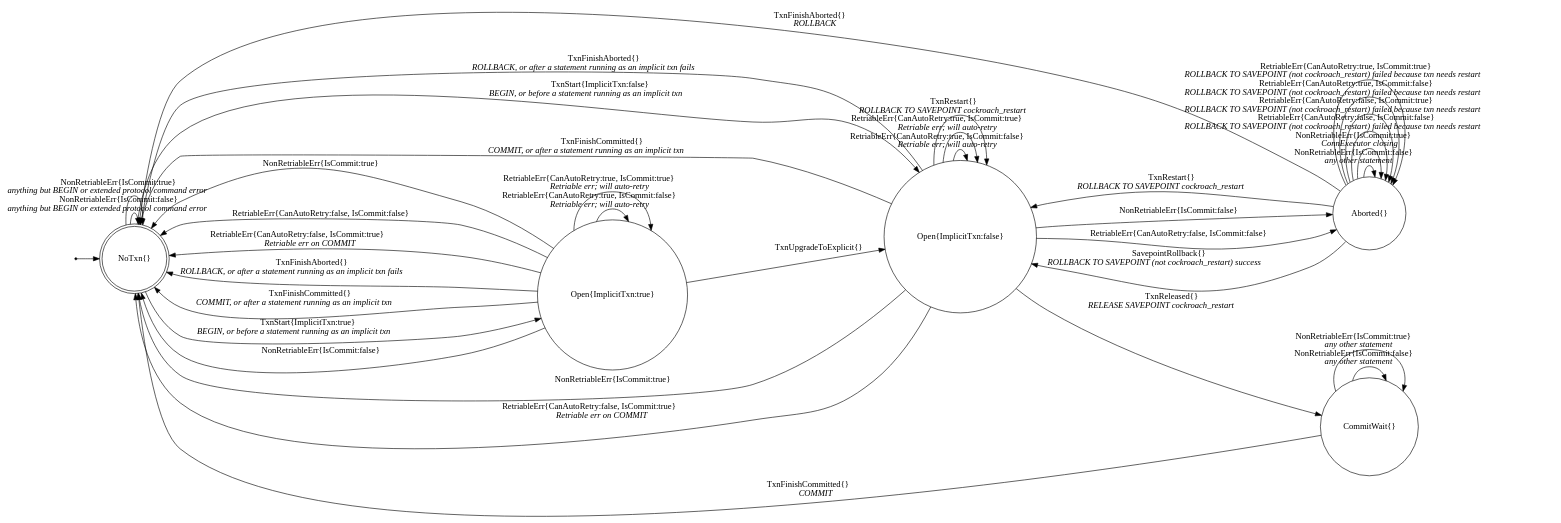
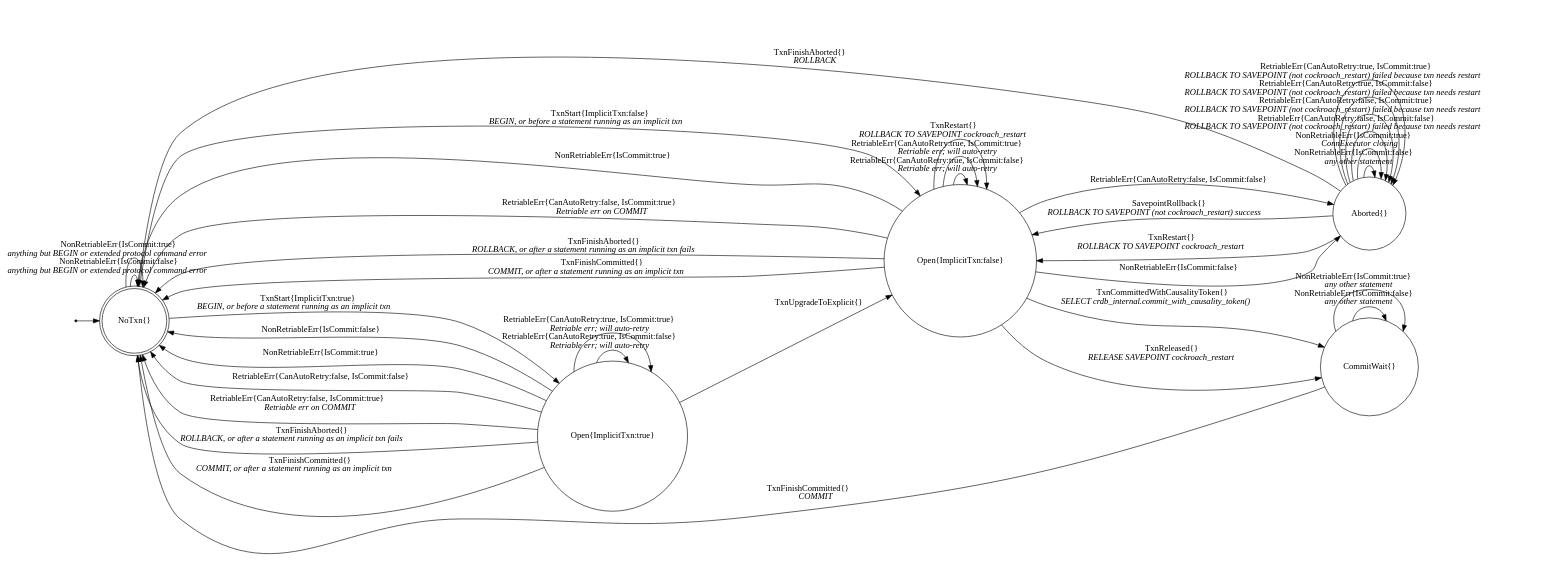
Before and after one commit to cockroachdb/cockroach: the diagram in pkg/sql/txnstatetransitions_diagram.gv, drawn with Graphviz. The commit also changed 11 other files, not shown here.

First line of the commit message:
sql: add mechanism to retrieve causality token

```diff
--- a/pkg/sql/txnstatetransitions_diagram.gv
+++ b/pkg/sql/txnstatetransitions_diagram.gv
@@ -1,51 +1,52 @@
 // Code generated; DO NOT EDIT.
 // To generate a .png file, run:
 // brew install cairo pango
 // brew install graphviz --with-pango
 // dot -Tpng txnstatetransitions_diagram.gv -o txnstatetransitions_diagram.png".
 
 // The Pango/Cairo renderer is needed for rendering our HTML labels.
 digraph finite_state_machine {
 	rankdir=LR;
 
 	node [shape = doublecircle]; "NoTxn{}";
 	node [shape = point ]; qi
 	qi -> "NoTxn{}";
 
 	node [shape = circle];
 	"Aborted{}" -> "Aborted{}" [label = <NonRetriableErr{IsCommit:false}<BR/><I>any other statement</I>>]
 	"Aborted{}" -> "Aborted{}" [label = <NonRetriableErr{IsCommit:true}<BR/><I>ConnExecutor closing</I>>]
 	"Aborted{}" -> "Aborted{}" [label = <RetriableErr{CanAutoRetry:false, IsCommit:false}<BR/><I>ROLLBACK TO SAVEPOINT (not cockroach_restart) failed because txn needs restart</I>>]
 	"Aborted{}" -> "Aborted{}" [label = <RetriableErr{CanAutoRetry:false, IsCommit:true}<BR/><I>ROLLBACK TO SAVEPOINT (not cockroach_restart) failed because txn needs restart</I>>]
 	"Aborted{}" -> "Aborted{}" [label = <RetriableErr{CanAutoRetry:true, IsCommit:false}<BR/><I>ROLLBACK TO SAVEPOINT (not cockroach_restart) failed because txn needs restart</I>>]
 	"Aborted{}" -> "Aborted{}" [label = <RetriableErr{CanAutoRetry:true, IsCommit:true}<BR/><I>ROLLBACK TO SAVEPOINT (not cockroach_restart) failed because txn needs restart</I>>]
 	"Aborted{}" -> "Open{ImplicitTxn:false}" [label = <SavepointRollback{}<BR/><I>ROLLBACK TO SAVEPOINT (not cockroach_restart) success</I>>]
 	"Aborted{}" -> "NoTxn{}" [label = <TxnFinishAborted{}<BR/><I>ROLLBACK</I>>]
 	"Aborted{}" -> "Open{ImplicitTxn:false}" [label = <TxnRestart{}<BR/><I>ROLLBACK TO SAVEPOINT cockroach_restart</I>>]
 	"CommitWait{}" -> "CommitWait{}" [label = <NonRetriableErr{IsCommit:false}<BR/><I>any other statement</I>>]
 	"CommitWait{}" -> "CommitWait{}" [label = <NonRetriableErr{IsCommit:true}<BR/><I>any other statement</I>>]
 	"CommitWait{}" -> "NoTxn{}" [label = <TxnFinishCommitted{}<BR/><I>COMMIT</I>>]
 	"NoTxn{}" -> "NoTxn{}" [label = <NonRetriableErr{IsCommit:false}<BR/><I>anything but BEGIN or extended protocol command error</I>>]
 	"NoTxn{}" -> "NoTxn{}" [label = <NonRetriableErr{IsCommit:true}<BR/><I>anything but BEGIN or extended protocol command error</I>>]
 	"NoTxn{}" -> "Open{ImplicitTxn:false}" [label = <TxnStart{ImplicitTxn:false}<BR/><I>BEGIN, or before a statement running as an implicit txn</I>>]
 	"NoTxn{}" -> "Open{ImplicitTxn:true}" [label = <TxnStart{ImplicitTxn:true}<BR/><I>BEGIN, or before a statement running as an implicit txn</I>>]
 	"Open{ImplicitTxn:false}" -> "Aborted{}" [label = "NonRetriableErr{IsCommit:false}"]
 	"Open{ImplicitTxn:false}" -> "NoTxn{}" [label = "NonRetriableErr{IsCommit:true}"]
 	"Open{ImplicitTxn:false}" -> "Aborted{}" [label = "RetriableErr{CanAutoRetry:false, IsCommit:false}"]
 	"Open{ImplicitTxn:false}" -> "NoTxn{}" [label = <RetriableErr{CanAutoRetry:false, IsCommit:true}<BR/><I>Retriable err on COMMIT</I>>]
 	"Open{ImplicitTxn:false}" -> "Open{ImplicitTxn:false}" [label = <RetriableErr{CanAutoRetry:true, IsCommit:false}<BR/><I>Retriable err; will auto-retry</I>>]
 	"Open{ImplicitTxn:false}" -> "Open{ImplicitTxn:false}" [label = <RetriableErr{CanAutoRetry:true, IsCommit:true}<BR/><I>Retriable err; will auto-retry</I>>]
+	"Open{ImplicitTxn:false}" -> "CommitWait{}" [label = <TxnCommittedWithCausalityToken{}<BR/><I>SELECT crdb_internal.commit_with_causality_token()</I>>]
 	"Open{ImplicitTxn:false}" -> "NoTxn{}" [label = <TxnFinishAborted{}<BR/><I>ROLLBACK, or after a statement running as an implicit txn fails</I>>]
 	"Open{ImplicitTxn:false}" -> "NoTxn{}" [label = <TxnFinishCommitted{}<BR/><I>COMMIT, or after a statement running as an implicit txn</I>>]
 	"Open{ImplicitTxn:false}" -> "CommitWait{}" [label = <TxnReleased{}<BR/><I>RELEASE SAVEPOINT cockroach_restart</I>>]
 	"Open{ImplicitTxn:false}" -> "Open{ImplicitTxn:false}" [label = <TxnRestart{}<BR/><I>ROLLBACK TO SAVEPOINT cockroach_restart</I>>]
 	"Open{ImplicitTxn:true}" -> "NoTxn{}" [label = "NonRetriableErr{IsCommit:false}"]
 	"Open{ImplicitTxn:true}" -> "NoTxn{}" [label = "NonRetriableErr{IsCommit:true}"]
 	"Open{ImplicitTxn:true}" -> "NoTxn{}" [label = "RetriableErr{CanAutoRetry:false, IsCommit:false}"]
 	"Open{ImplicitTxn:true}" -> "NoTxn{}" [label = <RetriableErr{CanAutoRetry:false, IsCommit:true}<BR/><I>Retriable err on COMMIT</I>>]
 	"Open{ImplicitTxn:true}" -> "Open{ImplicitTxn:true}" [label = <RetriableErr{CanAutoRetry:true, IsCommit:false}<BR/><I>Retriable err; will auto-retry</I>>]
 	"Open{ImplicitTxn:true}" -> "Open{ImplicitTxn:true}" [label = <RetriableErr{CanAutoRetry:true, IsCommit:true}<BR/><I>Retriable err; will auto-retry</I>>]
 	"Open{ImplicitTxn:true}" -> "NoTxn{}" [label = <TxnFinishAborted{}<BR/><I>ROLLBACK, or after a statement running as an implicit txn fails</I>>]
 	"Open{ImplicitTxn:true}" -> "NoTxn{}" [label = <TxnFinishCommitted{}<BR/><I>COMMIT, or after a statement running as an implicit txn</I>>]
 	"Open{ImplicitTxn:true}" -> "Open{ImplicitTxn:false}" [label = "TxnUpgradeToExplicit{}"]
 }
```
